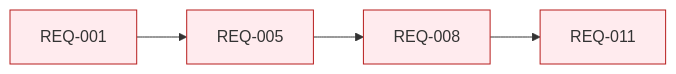
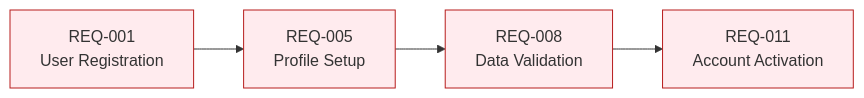
The fifth of 5 diagrams in requirements-analyst/steering/phase3-requirements-analysis.md (mingxuboy/AWS-Kiro-Powers), drawn with Mermaid before and after one commit. The commit also changed other lines of this file and 1 other file, not shown here.

````diff
--- a/requirements-analyst/steering/phase3-requirements-analysis.md
+++ b/requirements-analyst/steering/phase3-requirements-analysis.md
@@ -639,9 +639,11 @@
 ```mermaid
 graph LR
-    CP1[REQ-001] --> CP2[REQ-005] --> CP3[REQ-008] --> CP4[REQ-011]
+    CP1[REQ-001<br/>User Registration] --> CP2[REQ-005<br/>Profile Setup]
+    CP2 --> CP3[REQ-008<br/>Data Validation]
+    CP3 --> CP4[REQ-011<br/>Account Activation]
 
     style CP1 fill:#ffebee,stroke:#b71c1c
     style CP2 fill:#ffebee,stroke:#b71c1c
     style CP3 fill:#ffebee,stroke:#b71c1c
     style CP4 fill:#ffebee,stroke:#b71c1c
 ```
````
